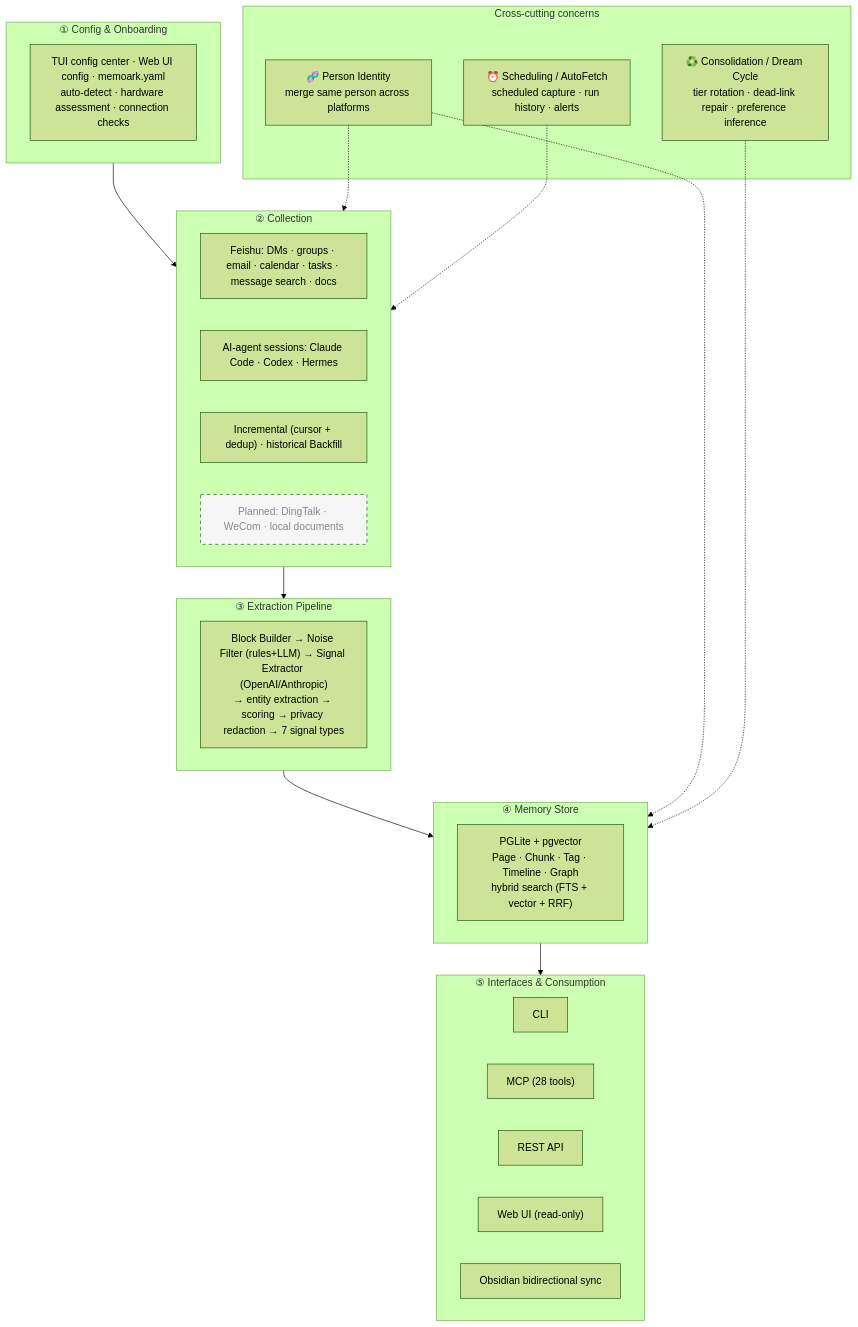
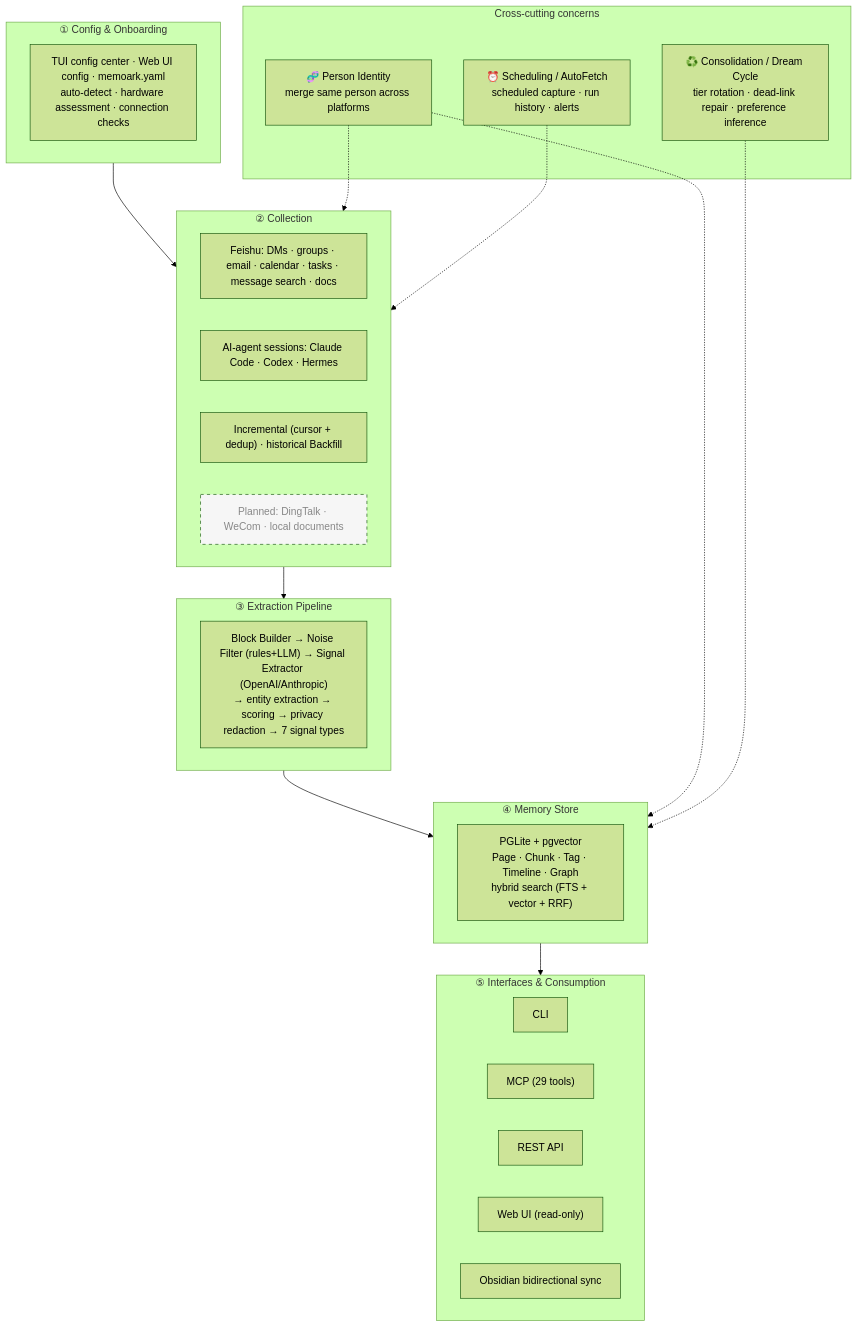
Before and after one commit to AndreLYL/memkin: the diagram in README.en.md, drawn with Mermaid (forest theme). The commit also changed other lines of this file and 1 other file, not shown here.

First line of the commit message:
docs(readme): add prep_for_person (communication profile) to tools + roadmap

````diff
--- a/README.en.md
+++ b/README.en.md
@@ -404,40 +404,40 @@
 ```mermaid
 flowchart TB
   subgraph L1["① Config & Onboarding"]
     cfg["TUI config center · Web UI config · memoark.yaml<br/>auto-detect · hardware assessment · connection checks"]
   end
   subgraph L2["② Collection"]
     feishu["Feishu: DMs · groups · email · calendar · tasks · message search · docs"]
     agent["AI-agent sessions: Claude Code · Codex · Hermes"]
     inc["Incremental (cursor + dedup) · historical Backfill"]
     planned1["Planned: DingTalk · WeCom · local documents"]:::planned
   end
   subgraph L3["③ Extraction Pipeline"]
     pipe["Block Builder → Noise Filter (rules+LLM) → Signal Extractor (OpenAI/Anthropic)<br/>→ entity extraction → scoring → privacy redaction → 7 signal types"]
   end
   subgraph L4["④ Memory Store"]
     store["PGLite + pgvector<br/>Page · Chunk · Tag · Timeline · Graph<br/>hybrid search (FTS + vector + RRF)"]
   end
   subgraph L5["⑤ Interfaces & Consumption"]
     cli["CLI"]
-    mcp["MCP (28 tools)"]
+    mcp["MCP (29 tools)"]
     rest["REST API"]
     web["Web UI (read-only)"]
     obs["Obsidian bidirectional sync"]
   end
 
   L1 --> L2 --> L3 --> L4 --> L5
 
   subgraph X["Cross-cutting concerns"]
     id["🧬 Person Identity<br/>merge same person across platforms"]
     cons["♻️ Consolidation / Dream Cycle<br/>tier rotation · dead-link repair · preference inference"]
     sched["⏰ Scheduling / AutoFetch<br/>scheduled capture · run history · alerts"]
   end
 
   id -.-> L2
   id -.-> L4
   cons -.-> L4
   sched -.-> L2
 
   classDef planned stroke-dasharray: 5 5,fill:#f6f6f6,color:#888;
 ```
````
